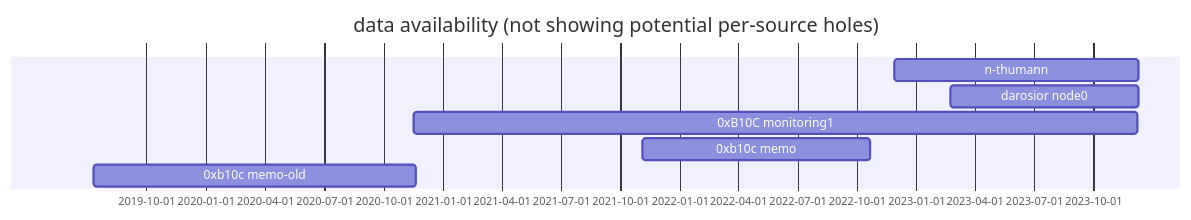
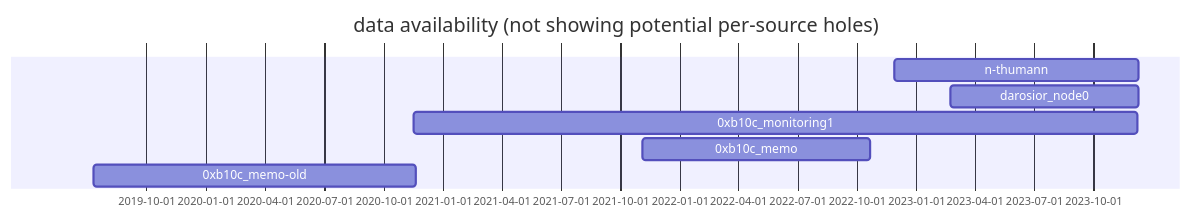
The diagram in README.md (bitcoin-data/block-arrival-times), drawn with Mermaid before and after one commit. The commit also changed other lines of this file and 11 other files, not shown here.

````diff
--- a/README.md
+++ b/README.md
@@ -56,13 +51,13 @@
 ```mermaid
 gantt
 dateFormat x
 title data availability (not showing potential per-source holes)
 todayMarker off
 
 n-thumann: 1669583939000, 1702072477000
-darosior node0: 1676970378000, 1702022714000
-0xB10C monitoring1: 1605513978094, 1701968604513
-0xb10c memo: 1635945250000, 1666268995000
-0xb10c memo-old: 1562848974000, 1605772694000
+darosior_node0: 1676970378000, 1702022714000
+0xb10c_monitoring1: 1605513978094, 1701968604513
+0xb10c_memo: 1635945250000, 1666268995000
+0xb10c_memo-old: 1562848974000, 1605772694000
 
 ```
````
